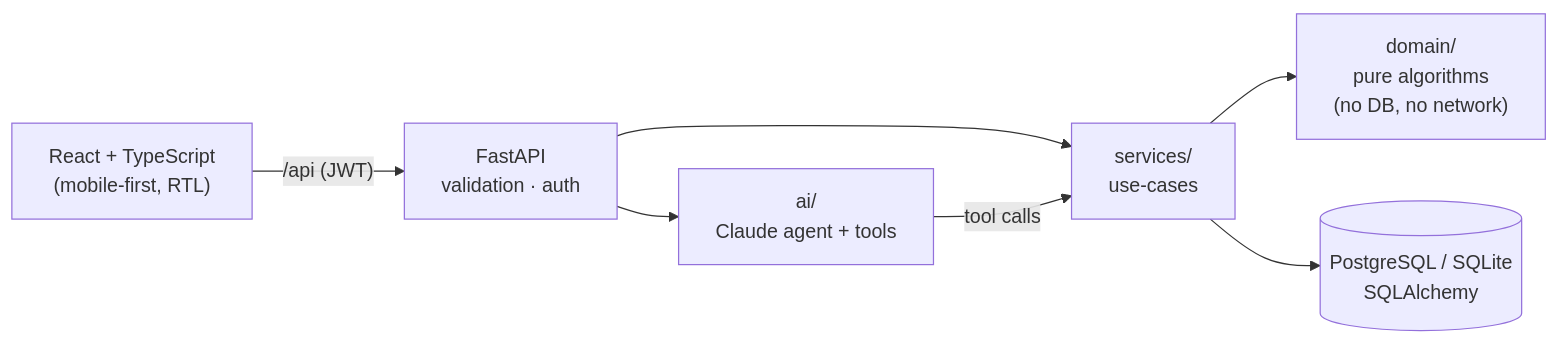
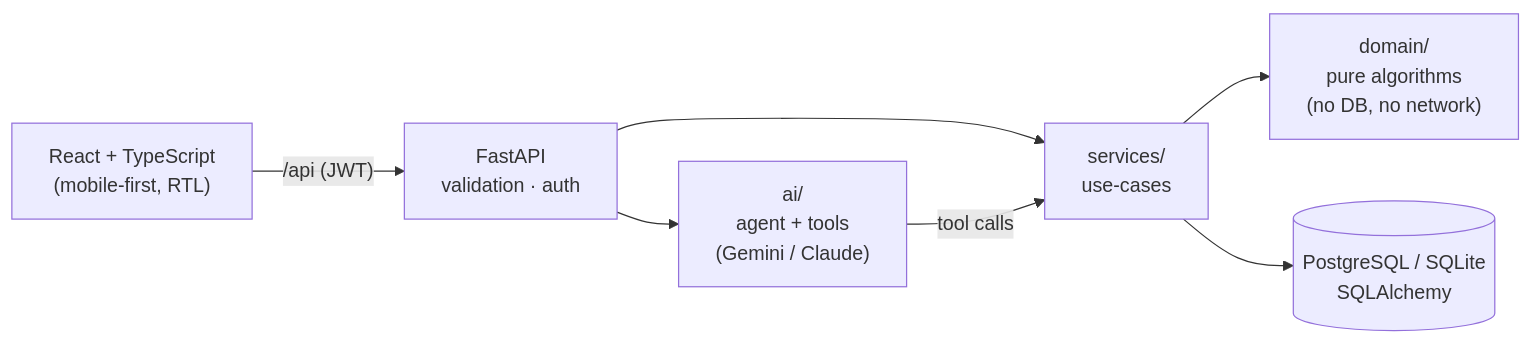
Before and after one commit to OfriKeidar/FitFlow: the diagram in README.md, drawn with Mermaid. The commit also changed other lines of this file and 17 other files, not shown here.

First line of the commit message:
Provider-agnostic AI layer: Gemini (free tier) alongside Claude

````diff
--- a/README.md
+++ b/README.md
@@ -36,9 +37,9 @@
 ```mermaid
 flowchart LR
     UI["React + TypeScript<br/>(mobile-first, RTL)"] -->|"/api (JWT)"| API["FastAPI<br/>validation · auth"]
     API --> SVC["services/<br/>use-cases"]
-    API --> AI["ai/<br/>Claude agent + tools"]
+    API --> AI["ai/<br/>agent + tools<br/>(Gemini / Claude)"]
     AI -->|"tool calls"| SVC
     SVC --> DOM["domain/<br/>pure algorithms<br/>(no DB, no network)"]
     SVC --> DB[("PostgreSQL / SQLite<br/>SQLAlchemy")]
 ```
````
